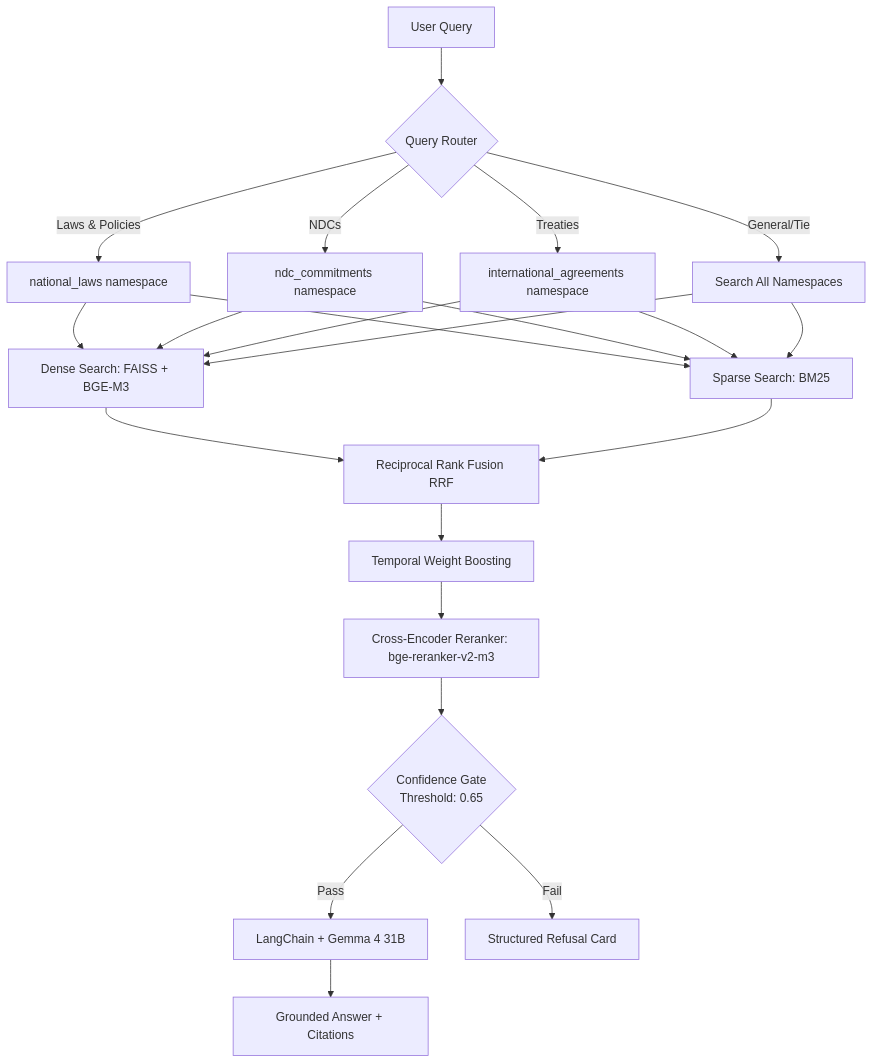
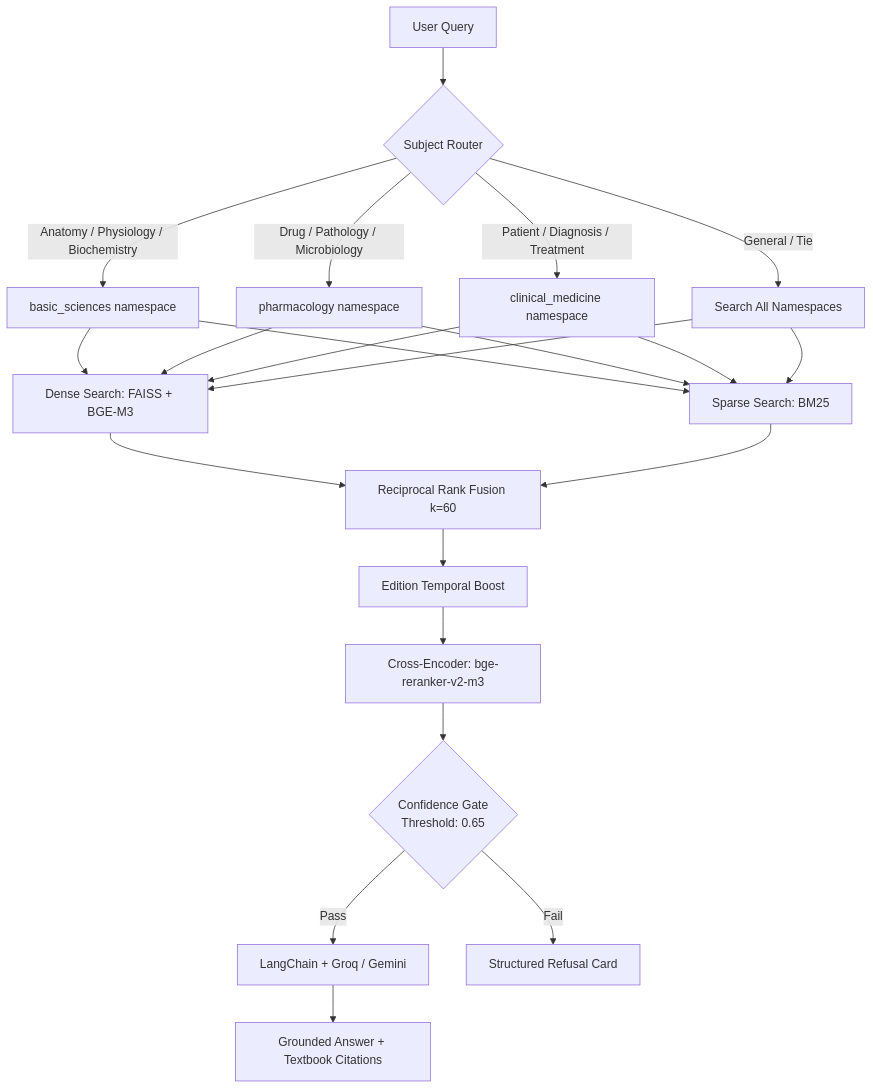
The diagram in README.md (Udit-Kumar-k/myRAG), drawn with Mermaid before and after one commit. The commit also changed other lines of this file and 14 other files, not shown here.

````diff
--- a/README.md
+++ b/README.md
@@ -11,25 +11,25 @@
 ```mermaid
 graph TD
-    Query[User Query] --> Router{Query Router}
-    
-    Router -->|Laws & Policies| laws[national_laws namespace]
-    Router -->|NDCs| ndc[ndc_commitments namespace]
-    Router -->|Treaties| int[international_agreements namespace]
-    Router -->|General/Tie| all[Search All Namespaces]
+    Query[User Query] --> Router{Subject Router}
 
-    laws & ndc & int & all --> Dense[Dense Search: FAISS + BGE-M3]
-    laws & ndc & int & all --> Sparse[Sparse Search: BM25]
+    Router -->|Anatomy / Physiology / Biochemistry| basic[basic_sciences namespace]
+    Router -->|Drug / Pathology / Microbiology| pharma[pharmacology namespace]
+    Router -->|Patient / Diagnosis / Treatment| clin[clinical_medicine namespace]
+    Router -->|General / Tie| all[Search All Namespaces]
 
-    Dense --> RRF[Reciprocal Rank Fusion RRF]
+    basic & pharma & clin & all --> Dense[Dense Search: FAISS + BGE-M3]
+    basic & pharma & clin & all --> Sparse[Sparse Search: BM25]
+
+    Dense --> RRF[Reciprocal Rank Fusion k=60]
     Sparse --> RRF
-    
-    RRF --> Boost[Temporal Weight Boosting]
-    Boost --> Rerank[Cross-Encoder Reranker: bge-reranker-v2-m3]
-    
-    Rerank --> Gate{Confidence Gate <br> Threshold: 0.65}
-    
-    Gate -->|Pass| LLM[LangChain + Gemma 4 31B]
+
+    RRF --> Boost[Edition Temporal Boost]
+    Boost --> Rerank[Cross-Encoder: bge-reranker-v2-m3]
+
+    Rerank --> Gate{Confidence Gate\nThreshold: 0.65}
+
+    Gate -->|Pass| LLM[LangChain + Groq / Gemini]
     Gate -->|Fail| Refuse[Structured Refusal Card]
-    
-    LLM --> Answer[Grounded Answer + Citations]
+
+    LLM --> Answer[Grounded Answer + Textbook Citations]
 ```
````
